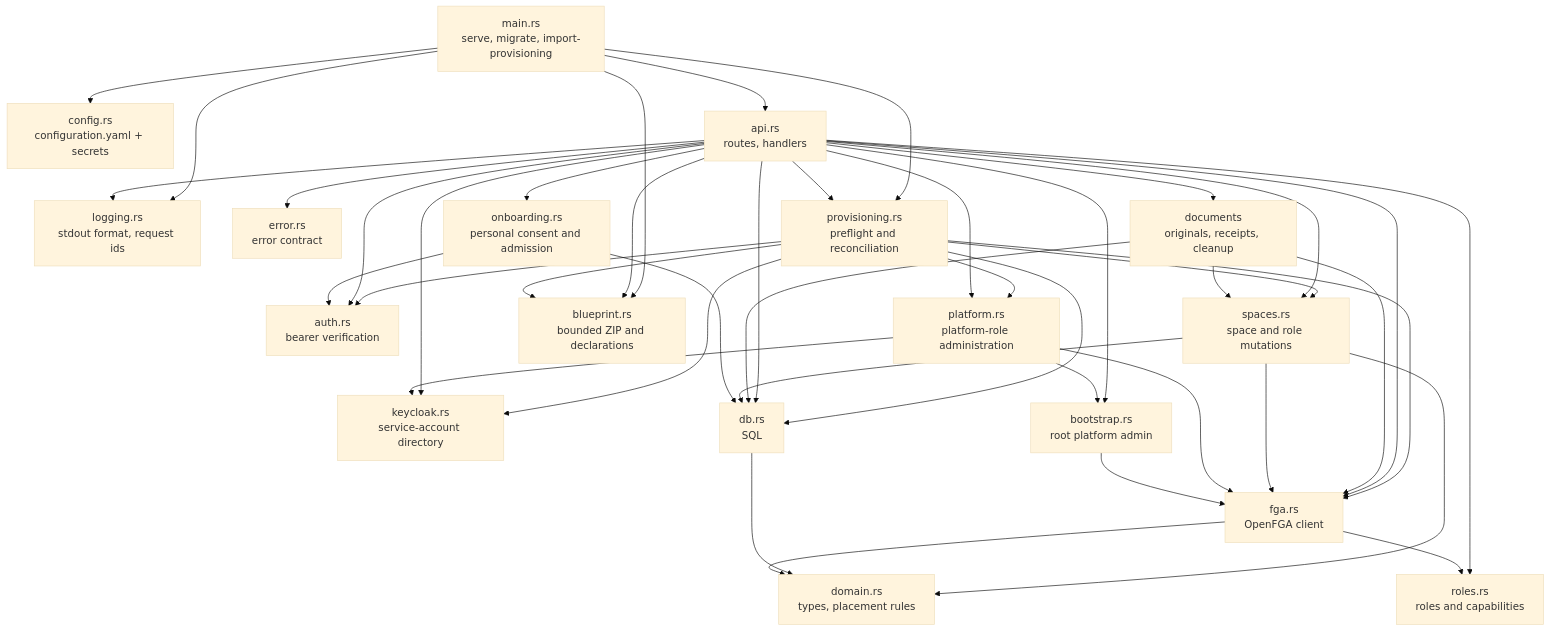
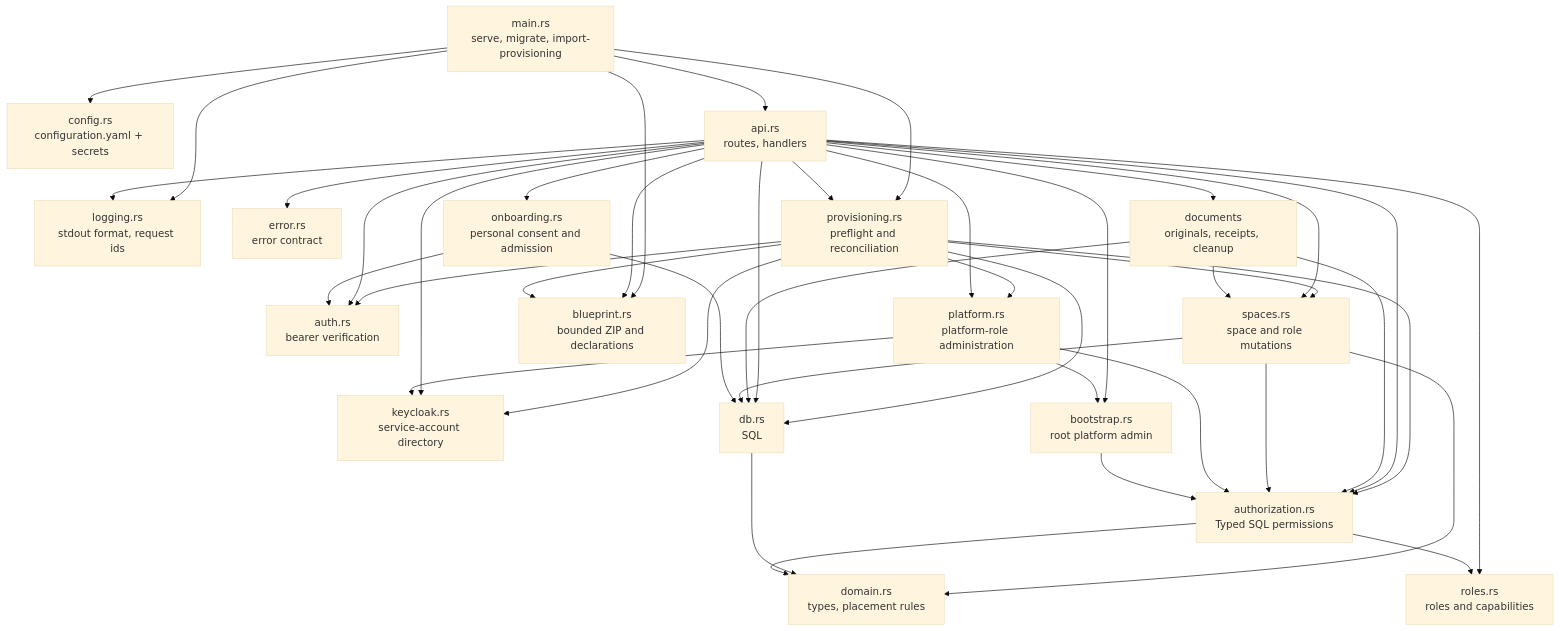
The second of 3 diagrams in docs/architecture/A1-manager-runtime.md (ThalesGroup/fred), drawn with Mermaid (base theme) before and after one commit. The commit also changed other lines of this file and 397 other files, not shown here.

````diff
--- a/docs/architecture/A1-manager-runtime.md
+++ b/docs/architecture/A1-manager-runtime.md
@@ -58,37 +55,37 @@
 ```mermaid
 flowchart TB
     main["main.rs<br/>serve, migrate, import-provisioning"]
     config["config.rs<br/>configuration.yaml + secrets"]
     logging["logging.rs<br/>stdout format, request ids"]
     api["api.rs<br/>routes, handlers"]
     auth["auth.rs<br/>bearer verification"]
     error["error.rs<br/>error contract"]
     spaces["spaces.rs<br/>space and role mutations"]
     provisioning["provisioning.rs<br/>preflight and reconciliation"]
     blueprint["blueprint.rs<br/>bounded ZIP and declarations"]
     platform["platform.rs<br/>platform-role administration"]
     roles["roles.rs<br/>roles and capabilities"]
     directory["keycloak.rs<br/>service-account directory"]
     onboarding["onboarding.rs<br/>personal consent and admission"]
     bootstrap["bootstrap.rs<br/>root platform admin"]
     domain["domain.rs<br/>types, placement rules"]
     db["db.rs<br/>SQL"]
     documents["documents<br/>originals, receipts, cleanup"]
-    fga["fga.rs<br/>OpenFGA client"]
+    authorization["authorization.rs<br/>Typed SQL permissions"]
 
     main --> config & logging & api & provisioning & blueprint
     api --> provisioning & blueprint
     provisioning --> blueprint
-    provisioning --> auth & platform & directory & db & fga & spaces
-    api --> auth & error & spaces & bootstrap & db & fga & logging
+    provisioning --> auth & platform & directory & db & authorization & spaces
+    api --> auth & error & spaces & bootstrap & db & authorization & logging
     api --> documents
-    documents --> spaces & db & fga
-    spaces --> domain & db & fga
+    documents --> spaces & db & authorization
+    spaces --> domain & db & authorization
     api --> platform & roles & directory & onboarding
     onboarding --> auth & db
-    platform --> bootstrap & directory & fga
-    fga --> roles
-    bootstrap --> fga
+    platform --> bootstrap & directory & authorization
+    authorization --> roles
+    bootstrap --> authorization
     db --> domain
-    fga --> domain
+    authorization --> domain
 ```
````
